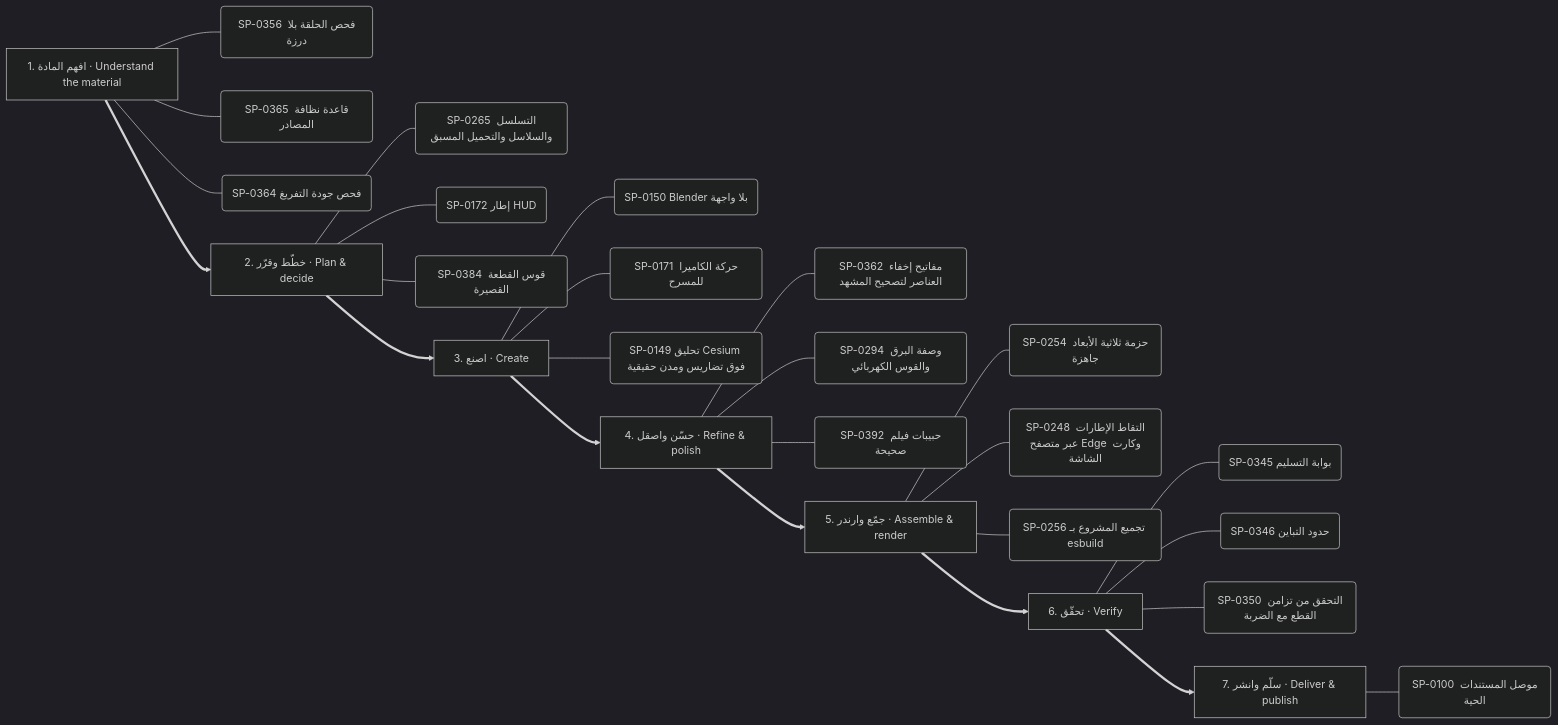
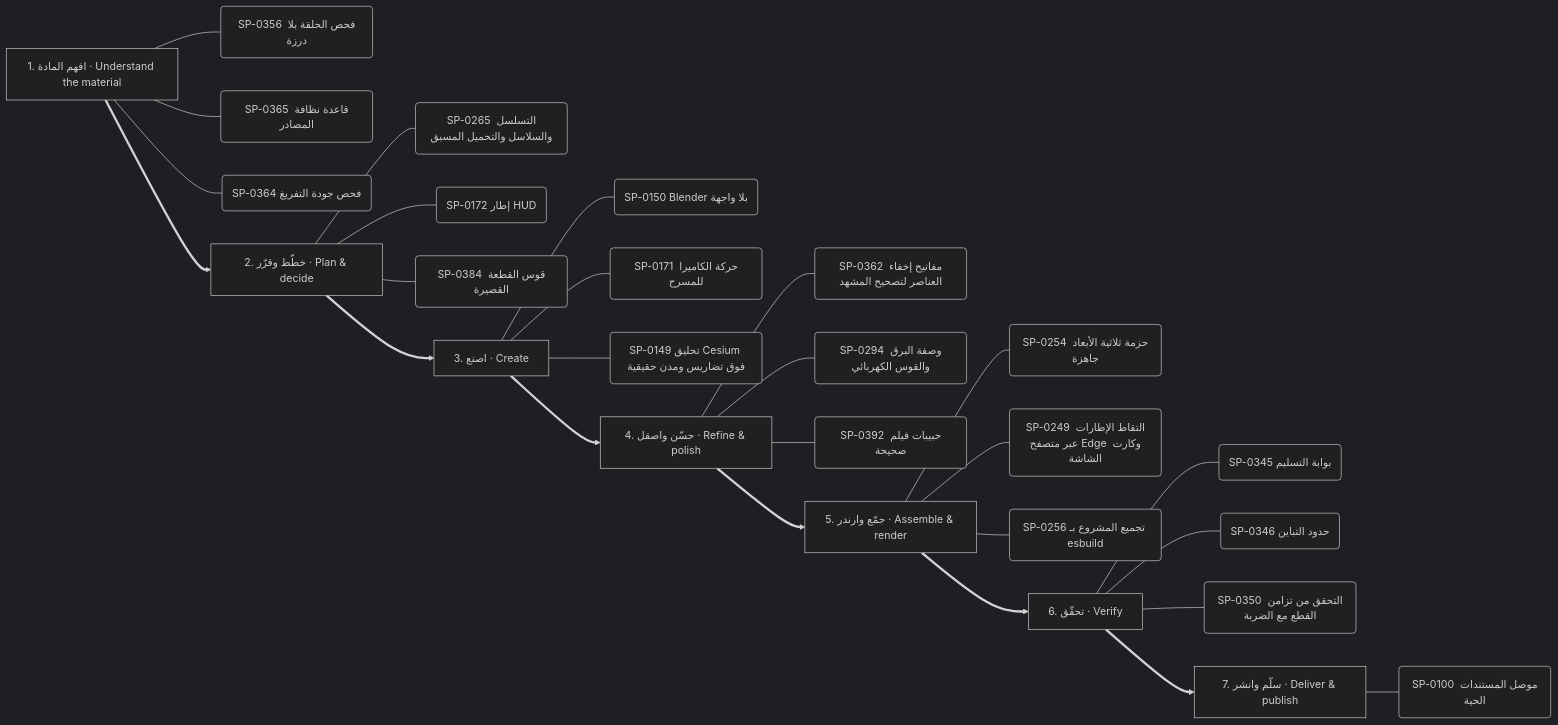
Before and after one commit to kosif199022-jpg/kosif-tool: the eighth of 13 diagrams in .claude/skills/kosif-superpowers/references/capability-mindmap.md, drawn with Mermaid (dark theme). The commit also changed other lines of this file and 98 other files, not shown here.

````diff
--- a/.claude/skills/kosif-superpowers/references/capability-mindmap.md
+++ b/.claude/skills/kosif-superpowers/references/capability-mindmap.md
@@ -406,35 +406,35 @@
 ```mermaid
 flowchart LR
   S0["1. افهم المادة · Understand the material"]
   S0 --- S0_0("SP-0356 فحص الحلقة بلا درزة")
   S0 --- S0_1("SP-0365 قاعدة نظافة المصادر")
   S0 --- S0_2("SP-0364 فحص جودة التفريغ")
   S1["2. خطّط وقرّر · Plan & decide"]
   S1 --- S1_0("SP-0265 التسلسل والسلاسل والتحميل المسبق")
   S1 --- S1_1("SP-0172 إطار HUD")
   S1 --- S1_2("SP-0384 قوس القطعة القصيرة")
   S0 ==> S1
   S2["3. اصنع · Create"]
   S2 --- S2_0("SP-0150 Blender بلا واجهة")
   S2 --- S2_1("SP-0171 حركة الكاميرا للمسرح")
   S2 --- S2_2("SP-0149 تحليق Cesium فوق تضاريس ومدن حقيقية")
   S1 ==> S2
   S3["4. حسّن واصقل · Refine & polish"]
   S3 --- S3_0("SP-0362 مفاتيح إخفاء العناصر لتصحيح المشهد")
   S3 --- S3_1("SP-0294 وصفة البرق والقوس الكهربائي")
   S3 --- S3_2("SP-0392 حبيبات فيلم صحيحة")
   S2 ==> S3
   S4["5. جمّع وارندر · Assemble & render"]
   S4 --- S4_0("SP-0254 حزمة ثلاثية الأبعاد جاهزة")
-  S4 --- S4_1("SP-0248 التقاط الإطارات عبر متصفح Edge وكارت الشاشة")
+  S4 --- S4_1("SP-0249 التقاط الإطارات عبر متصفح Edge وكارت الشاشة")
   S4 --- S4_2("SP-0256 تجميع المشروع بـ esbuild")
   S3 ==> S4
   S5["6. تحقّق · Verify"]
   S5 --- S5_0("SP-0345 بوابة التسليم")
   S5 --- S5_1("SP-0346 حدود التباين")
   S5 --- S5_2("SP-0350 التحقق من تزامن القطع مع الضربة")
   S4 ==> S5
   S6["7. سلّم وانشر · Deliver & publish"]
   S6 --- S6_0("SP-0100 موصل المستندات الحية")
   S5 ==> S6
 ```
````
